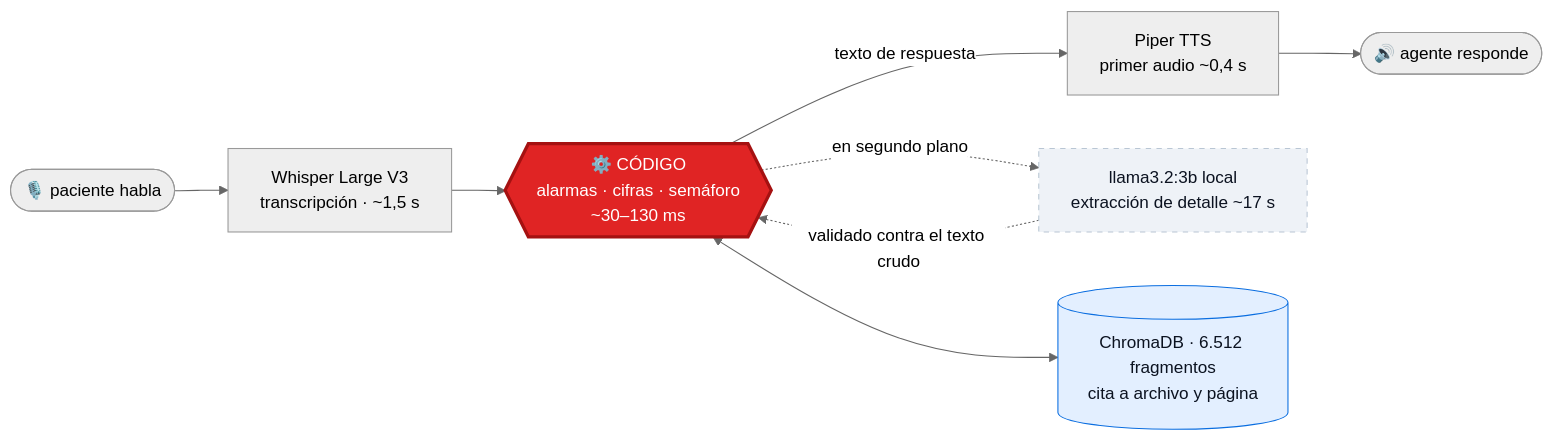
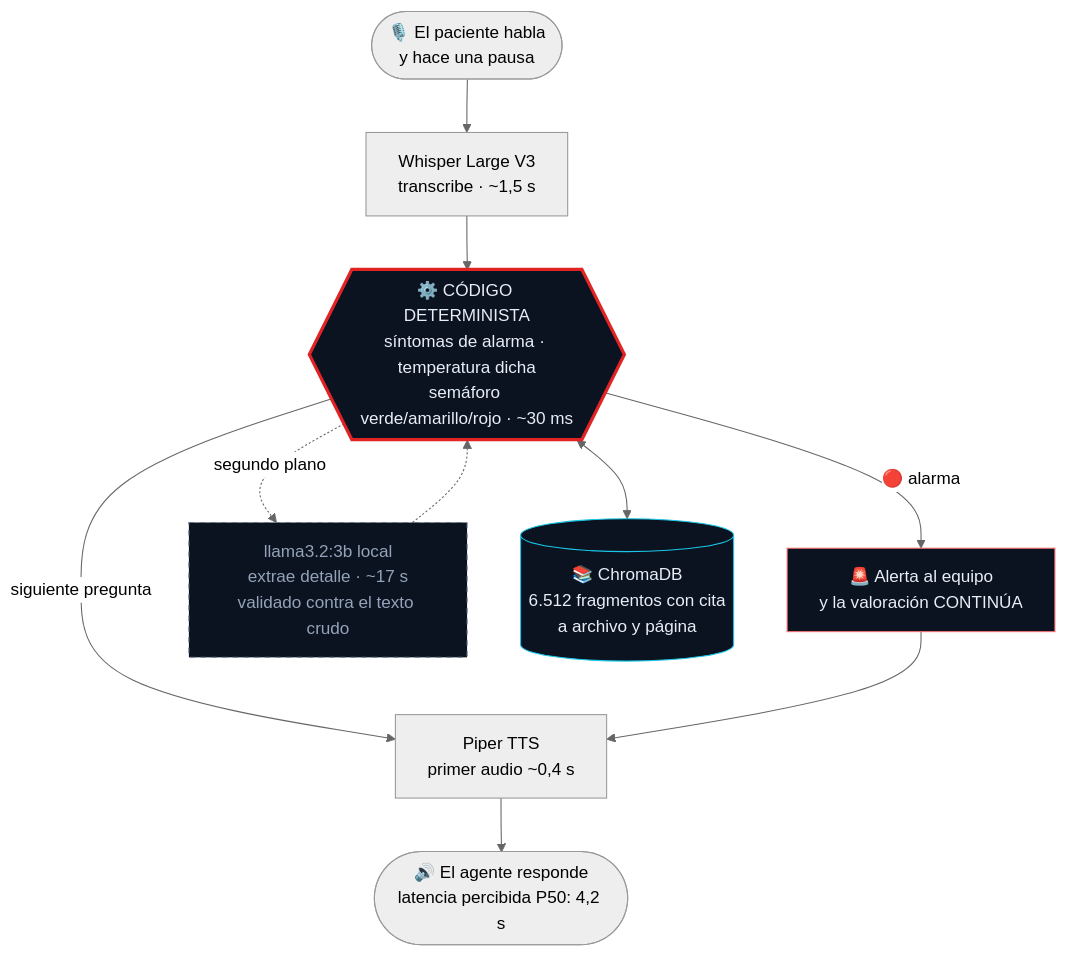
Before and after one commit to SalazarDukeImpactHub/centinela: the diagram in README.md, drawn with Mermaid (neutral theme). The commit also changed other lines of this file and 1 other file, not shown here.

````diff
--- a/README.md
+++ b/README.md
@@ -141,14 +48,17 @@
 ```mermaid
-flowchart LR
-    P([🎙️ paciente habla]) --> W[Whisper Large V3<br/>transcripción · ~1,5 s]
-    W --> C{{"⚙️ CÓDIGO<br/>alarmas · cifras · semáforo<br/>~30–130 ms"}}
-    C -->|texto de respuesta| T[Piper TTS<br/>primer audio ~0,4 s]
-    T --> A([🔊 agente responde])
-    C -.->|en segundo plano| M[llama3.2:3b local<br/>extracción de detalle ~17 s]
-    M -.->|validado contra el texto crudo| C
-    C <--> R[(ChromaDB · 6.512 fragmentos<br/>cita a archivo y página)]
+flowchart TD
+    A([🎙️ El paciente habla<br/>y hace una pausa]) --> B[Whisper Large V3<br/>transcribe · ~1,5 s]
+    B --> C{{"⚙️ CÓDIGO DETERMINISTA<br/>síntomas de alarma · temperatura dicha<br/>semáforo verde/amarillo/rojo · ~30 ms"}}
+    C -->|🔴 alarma| E[🚨 Alerta al equipo<br/>y la valoración CONTINÚA]
+    C -->|siguiente pregunta| D[Piper TTS<br/>primer audio ~0,4 s]
+    E --> D
+    D --> F([🔊 El agente responde<br/>latencia percibida P50: 4,2 s])
+    C -.->|segundo plano| M[llama3.2:3b local<br/>extrae detalle · ~17 s<br/>validado contra el texto crudo]
+    M -.-> C
+    C <--> R[(📚 ChromaDB<br/>6.512 fragmentos con cita<br/>a archivo y página)]
 
-    style C fill:#e02424,color:#fff,stroke:#a51111,stroke-width:3px
-    style M fill:#eef2f7,color:#0b1220,stroke:#b9c6d4,stroke-dasharray: 5 5
-    style R fill:#e3efff,color:#0b1220,stroke:#0b6ee0
+    style C fill:#0B1220,stroke:#E02424,stroke-width:3px,color:#E8EDF6
+    style E fill:#0B1220,stroke:#F87171,color:#E8EDF6
+    style M fill:#0B1220,stroke:#64748B,stroke-dasharray: 5 5,color:#94A3B8
+    style R fill:#0B1220,stroke:#19C6E6,color:#E8EDF6
 ```
````
